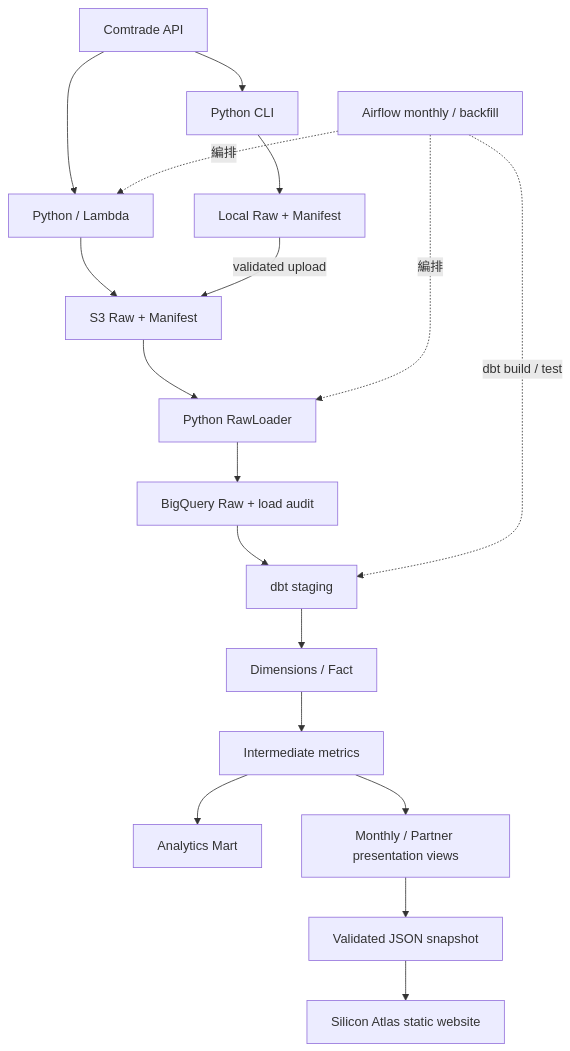
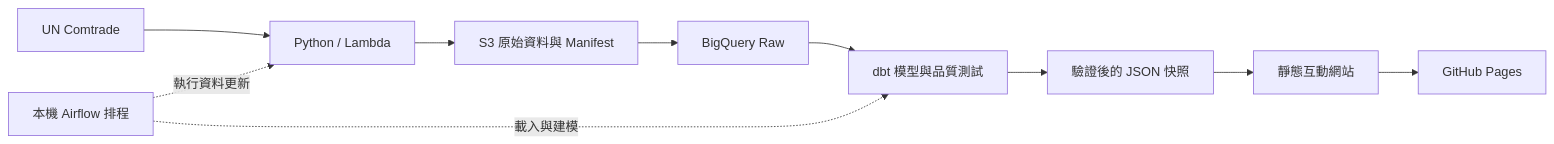
Before and after one commit to sunhua12/000-trade-analytics: the diagram in README.md, drawn with Mermaid. The commit also changed other lines of this file and 2 other files, not shown here.

Commit message:
ci: configure GitHub Pages and update project documentation

````diff
--- a/README.md
+++ b/README.md
@@ -13,20 +31,12 @@
 ```mermaid
-flowchart TD
-    API[Comtrade API] --> Lambda[Python / Lambda]
-    API --> CLI[Python CLI]
-    Lambda --> S3[S3 Raw + Manifest]
-    CLI --> Local[Local Raw + Manifest]
-    Local -->|validated upload| S3
-    S3 --> Loader[Python RawLoader]
-    Loader --> Raw[BigQuery Raw + load audit]
-    Raw --> Staging[dbt staging]
-    Staging --> Core[Dimensions / Fact]
-    Core --> Metrics[Intermediate metrics]
-    Metrics --> Mart[Analytics Mart]
-    Metrics --> Presentation[Monthly / Partner presentation views]
-    Presentation --> JSON[Validated JSON snapshot]
-    JSON --> UI[Silicon Atlas static website]
-    Airflow[Airflow monthly / backfill] -.編排.-> Lambda
-    Airflow -.編排.-> Loader
-    Airflow -.dbt build / test.-> Staging
+flowchart LR
+    API[UN Comtrade] --> Ingest[Python / Lambda]
+    Ingest --> S3[S3 原始資料與 Manifest]
+    S3 --> Raw[BigQuery Raw]
+    Raw --> Models[dbt 模型與品質測試]
+    Models --> JSON[驗證後的 JSON 快照]
+    JSON --> Web[靜態互動網站]
+    Airflow[本機 Airflow 排程] -.執行資料更新.-> Ingest
+    Airflow -.載入與建模.-> Models
+    Web --> Pages[GitHub Pages]
 ```
````
